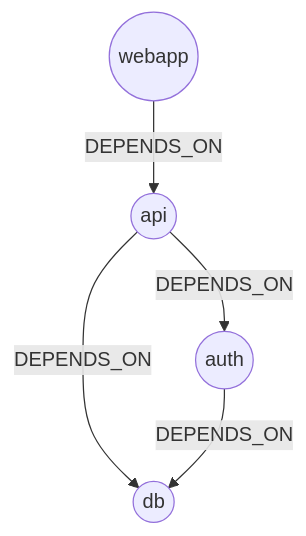
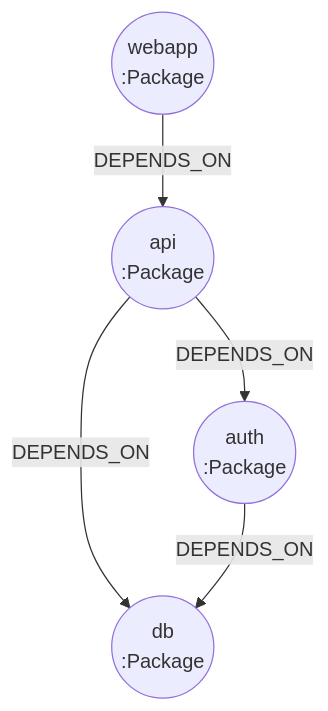
One commit to xergioalex/agent-lab changed the first of 3 diagrams in src/45_dependency_analysis/README.md. Above: the diagram before and after it, drawn with Mermaid. The commit also changed other lines of this file and 64 other files, not shown here.

First line of the commit message:
docs(docs): premium Mermaid diagram pass on all 64 module READMEs

````diff
--- a/src/45_dependency_analysis/README.md
+++ b/src/45_dependency_analysis/README.md
@@ -57,7 +60,7 @@
 ```mermaid
-graph TD
-    webapp((webapp)) -->|DEPENDS_ON| api((api))
-    api -->|DEPENDS_ON| auth((auth))
-    api -->|DEPENDS_ON| db((db))
-    auth -->|DEPENDS_ON| db
+flowchart TD
+    webapp(("webapp<br/>:Package")) -->|"DEPENDS_ON"| api(("api<br/>:Package"))
+    api -->|"DEPENDS_ON"| auth(("auth<br/>:Package"))
+    api -->|"DEPENDS_ON"| db(("db<br/>:Package"))
+    auth -->|"DEPENDS_ON"| db
 ```
````
